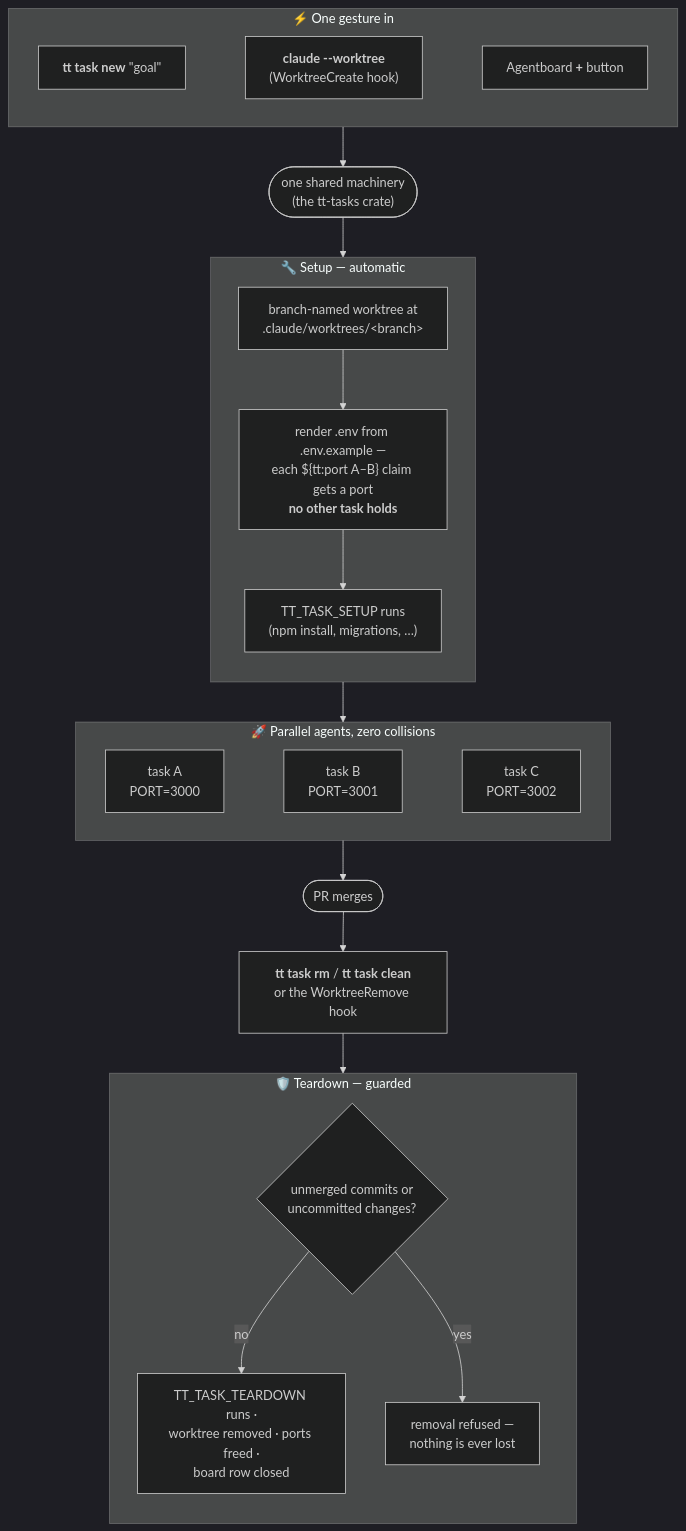
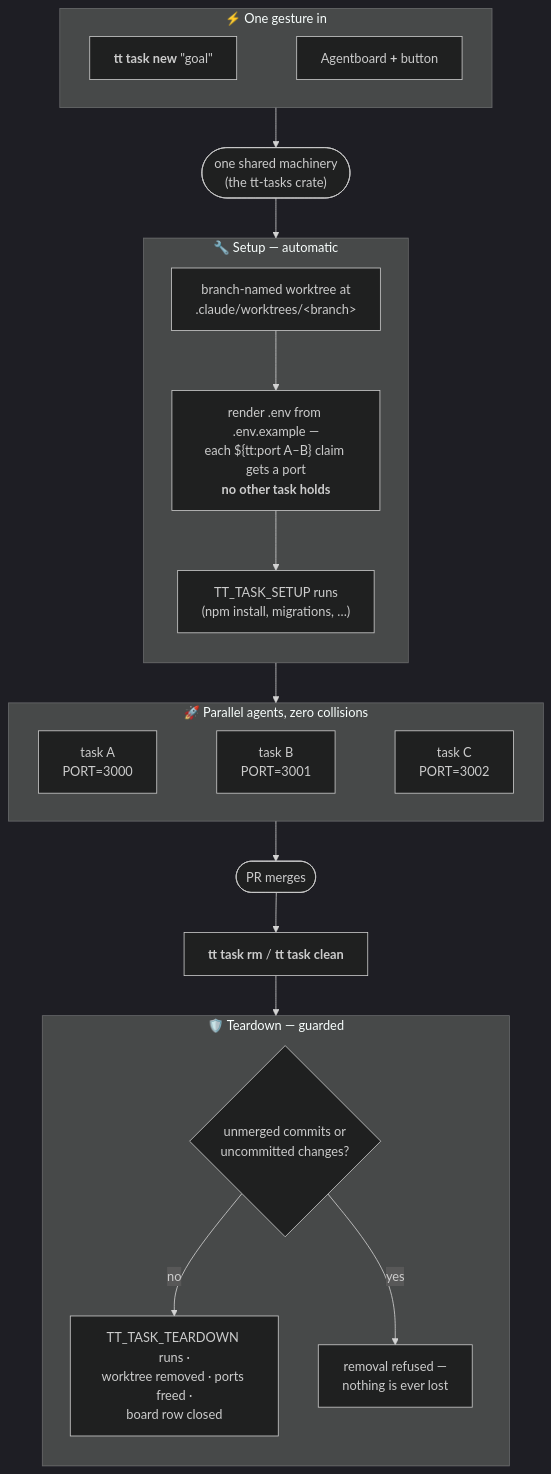
One commit to ChrisTowles/towles-tool changed the diagram in README.md. Above: the diagram before and after it, drawn with Mermaid (dark theme). The commit also changed other lines of this file and 23 other files, not shown here.

````diff
--- a/README.md
+++ b/README.md
@@ -252,44 +252,43 @@
 ```mermaid
 flowchart TB
     subgraph gesture["⚡ One gesture in"]
         direction LR
         CLI["<b>tt task new</b> &quot;goal&quot;"]
-        CC["<b>claude --worktree</b><br/>(WorktreeCreate hook)"]
         APP["Agentboard <b>+</b> button"]
-        CLI ~~~ CC ~~~ APP
+        CLI ~~~ APP
     end
 
     gesture --> OPS(["one shared machinery<br/>(the tt-tasks crate)"])
     OPS --> setup
 
     subgraph setup["🔧 Setup — automatic"]
         direction TB
         WT["branch-named worktree at<br/>.claude/worktrees/&lt;branch&gt;"]
         ENV["render .env from .env.example —<br/>each #36;#123;tt:port A–B#125; claim gets a port<br/><b>no other task holds</b>"]
         DEP["TT_TASK_SETUP runs<br/>(npm install, migrations, …)"]
         WT --> ENV --> DEP
     end
 
     setup --> fleet
 
     subgraph fleet["🚀 Parallel agents, zero collisions"]
         direction LR
         T1["task A<br/>PORT=3000"]
         T2["task B<br/>PORT=3001"]
         T3["task C<br/>PORT=3002"]
         T1 ~~~ T2 ~~~ T3
     end
 
     fleet --> MERGE(["PR merges"])
-    MERGE --> RMCMD["<b>tt task rm</b> / <b>tt task clean</b><br/>or the WorktreeRemove hook"]
+    MERGE --> RMCMD["<b>tt task rm</b> / <b>tt task clean</b>"]
     RMCMD --> teardown
 
     subgraph teardown["🛡️ Teardown — guarded"]
         direction TB
         GUARD{"unmerged commits or<br/>uncommitted changes?"}
         SAFE["TT_TASK_TEARDOWN runs ·<br/>worktree removed · ports freed ·<br/>board row closed"]
         BLOCK["removal refused —<br/>nothing is ever lost"]
         GUARD -- "no" --> SAFE
         GUARD -- "yes" --> BLOCK
     end
 ```
````
